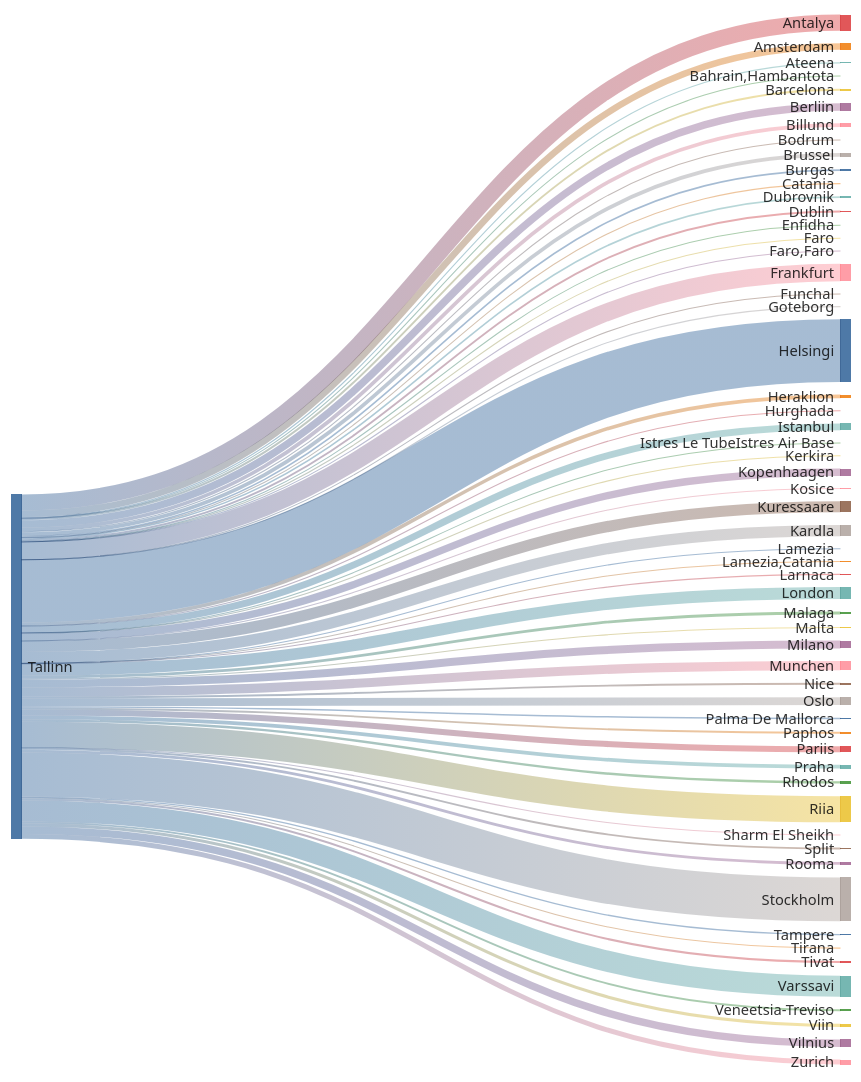
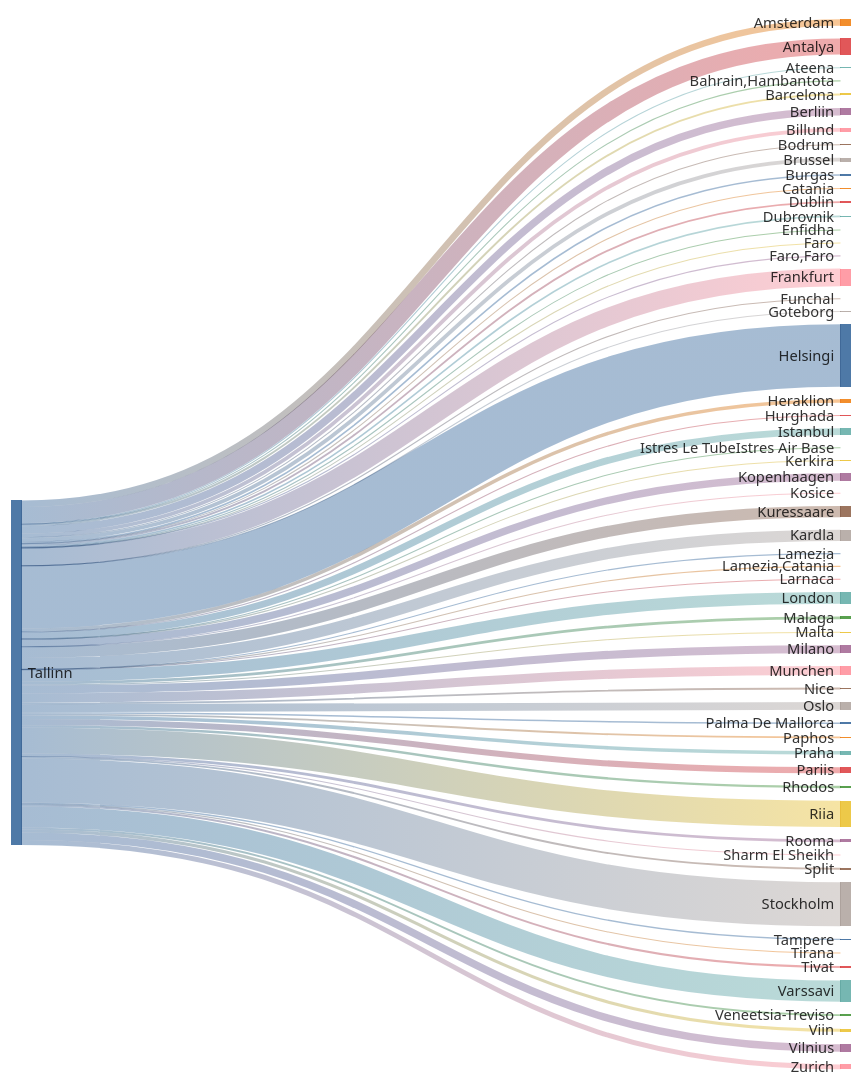
The second of 2 diagrams in README.md (rainermesi/tll-airport-departures), drawn with Mermaid before and after one commit. The commit also changed other lines of this file, not shown here.

````diff
--- a/README.md
+++ b/README.md
@@ -34,70 +34,70 @@
 ```mermaid
 ---
 config:
   sankey:
     showValues: false
     width: 800
     height: 1000
 ---
 sankey-beta
 %% source,target,value
-Tallinn,Amsterdam,84
-Tallinn,Antalya,209
+Tallinn,Amsterdam,85
+Tallinn,Antalya,211
 Tallinn,Ateena,14
 Tallinn,"Bahrain,Hambantota",1
 Tallinn,Barcelona,25
-Tallinn,Berliin,96
-Tallinn,Billund,48
+Tallinn,Berliin,98
+Tallinn,Billund,49
 Tallinn,Bodrum,11
-Tallinn,Brussel,48
+Tallinn,Brussel,49
 Tallinn,Burgas,21
 Tallinn,Catania,2
 Tallinn,Dublin,24
 Tallinn,Dubrovnik,21
-Tallinn,Enfidha,6
+Tallinn,Enfidha,7
 Tallinn,Faro,4
 Tallinn,"Faro,Faro",1
-Tallinn,Frankfurt,229
+Tallinn,Frankfurt,232
 Tallinn,Funchal,1
 Tallinn,Goteborg,1
-Tallinn,Helsingi,812
+Tallinn,Helsingi,820
 Tallinn,Heraklion,46
-Tallinn,Hurghada,1
-Tallinn,Istanbul,89
+Tallinn,Hurghada,2
+Tallinn,Istanbul,90
 Tallinn,Istres Le TubeIstres Air Base,2
 Tallinn,Kerkira,4
-Tallinn,Kopenhaagen,95
+Tallinn,Kopenhaagen,96
 Tallinn,Kosice,1
-Tallinn,Kuressaare,145
-Tallinn,Kardla,145
+Tallinn,Kuressaare,147
+Tallinn,Kardla,147
 Tallinn,Lamezia,1
 Tallinn,"Lamezia,Catania",3
 Tallinn,Larnaca,3
-Tallinn,London,154
+Tallinn,London,156
 Tallinn,Malaga,36
 Tallinn,Malta,12
-Tallinn,Milano,103
-Tallinn,Munchen,118
+Tallinn,Milano,105
+Tallinn,Munchen,119
 Tallinn,Nice,24
-Tallinn,Oslo,102
+Tallinn,Oslo,103
 Tallinn,Palma De Mallorca,19
 Tallinn,Paphos,24
-Tallinn,Pariis,78
+Tallinn,Pariis,79
 Tallinn,Praha,48
-Tallinn,Rhodos,31
-Tallinn,Riia,337
-Tallinn,Rooma,36
+Tallinn,Rhodos,32
+Tallinn,Riia,341
+Tallinn,Rooma,37
 Tallinn,Sharm El Sheikh,3
-Tallinn,Split,24
-Tallinn,Stockholm,568
+Tallinn,Split,25
+Tallinn,Stockholm,576
 Tallinn,Tampere,17
 Tallinn,Tirana,8
 Tallinn,Tivat,26
-Tallinn,Varssavi,273
+Tallinn,Varssavi,277
 Tallinn,Veneetsia-Treviso,24
 Tallinn,Viin,40
-Tallinn,Vilnius,97
-Tallinn,Zurich,64
+Tallinn,Vilnius,98
+Tallinn,Zurich,65
 
 
 ```
````
